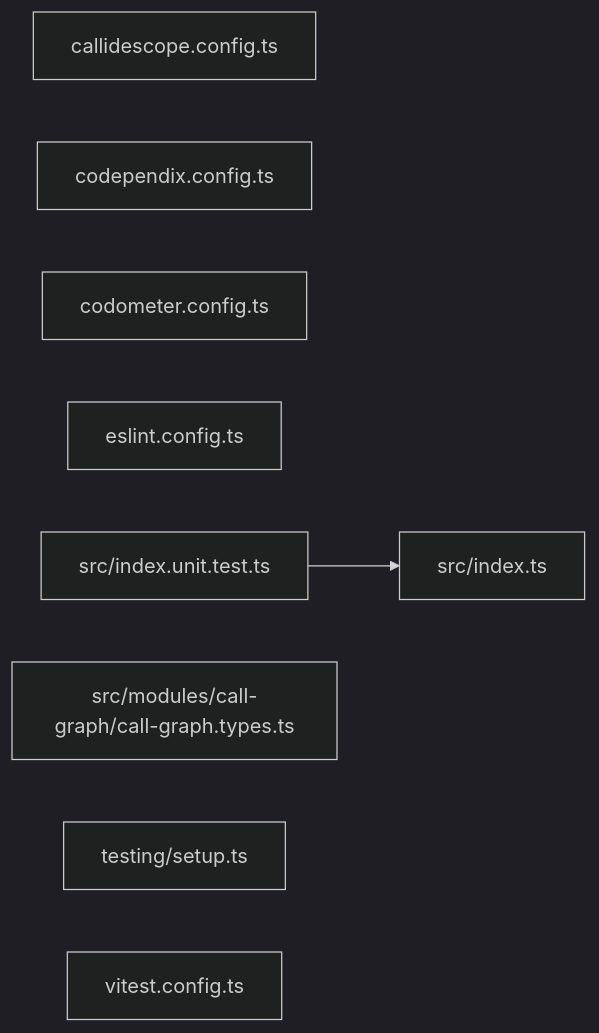
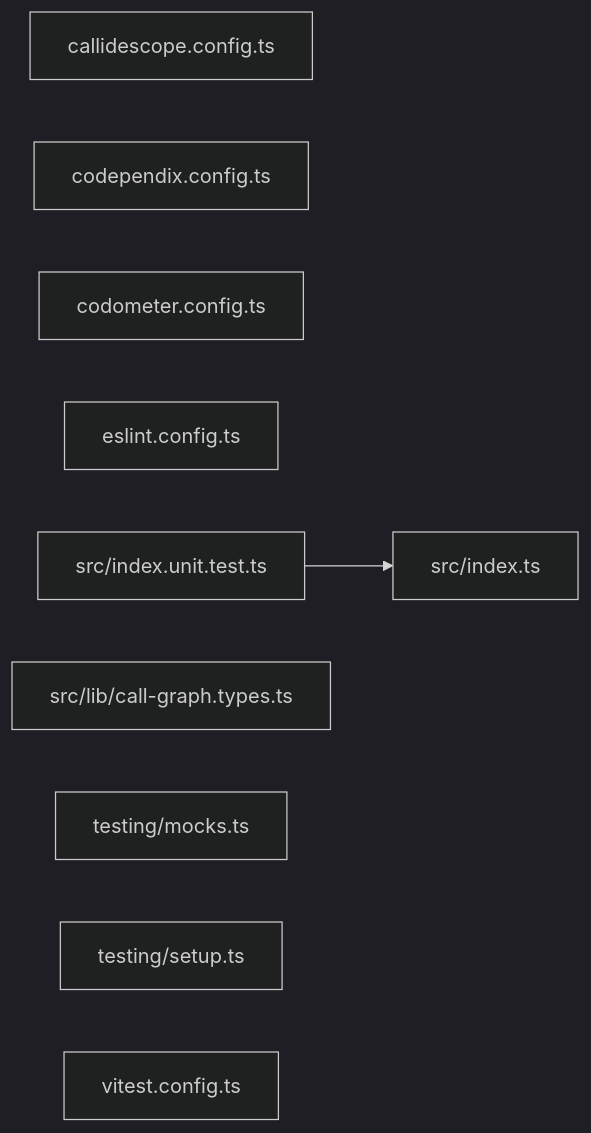
The second of 2 diagrams in packages/ic-suite/callidescope/callidescope-core/README.md (JimmyPaolini/codebase), drawn with Mermaid (dark theme) before and after one commit. The commit also changed other lines of this file and 3 other files, not shown here.

Commit message:
docs(callidescope,codependix,codometer,conformetry): 📝 regenerate the core package dependency graphs

````diff
--- a/packages/ic-suite/callidescope/callidescope-core/README.md
+++ b/packages/ic-suite/callidescope/callidescope-core/README.md
@@ -66,13 +66,14 @@
 ```mermaid
 graph LR
   file_callidescope_config_ts["callidescope.config.ts"]
   file_codependix_config_ts["codependix.config.ts"]
   file_codometer_config_ts["codometer.config.ts"]
   file_eslint_config_ts["eslint.config.ts"]
   file_src_index_ts["src/index.ts"]
   file_src_index_unit_test_ts["src/index.unit.test.ts"]
-  file_src_modules_call_graph_call_graph_types_ts["src/modules/call-graph/call-graph.types.ts"]
+  file_src_lib_call_graph_types_ts["src/lib/call-graph.types.ts"]
+  file_testing_mocks_ts["testing/mocks.ts"]
   file_testing_setup_ts["testing/setup.ts"]
   file_vitest_config_ts["vitest.config.ts"]
   file_src_index_unit_test_ts --> file_src_index_ts
 ```
````
